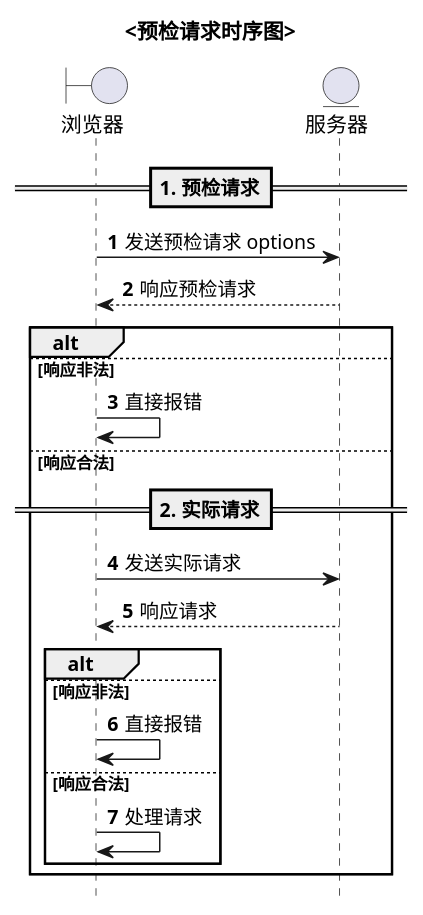
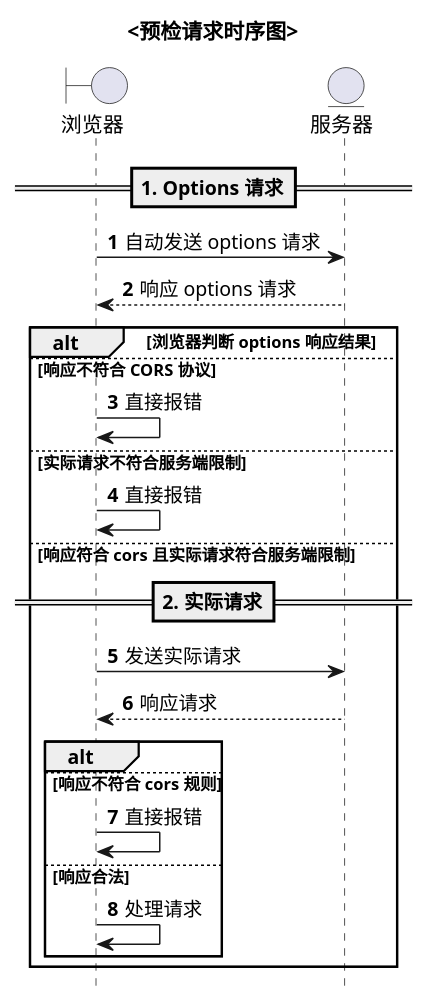
One commit to zenHeart/learn-network changed the diagram in protocol/cors/preflight.puml. Above: the diagram before and after it, drawn with PlantUML. The commit also changed 3 other files, not shown here.

```diff
--- a/protocol/cors/preflight.puml
+++ b/protocol/cors/preflight.puml
@@ -1,33 +1,36 @@
 @startuml
 title <预检请求时序图>
 
 hide footbox
 
 ' 1. 定义角色
 boundary "浏览器" as c
 entity "服务器" as s
 
-==1. 预检请求==
+==1. Options 请求==
 ' 设置步骤计数
 autonumber
-c->s: 发送预检请求 options
-s-->c: 响应预检请求
+c->s: 自动发送 options 请求
+s-->c: 响应 options 请求
 
-alt
-else 响应非法
+alt 浏览器判断 options 响应结果
+else 响应不符合 CORS 协议
 c -> c: 直接报错
 
-else 响应合法
+else 实际请求不符合服务端限制
+c -> c: 直接报错
+
+else 响应符合 cors 且实际请求符合服务端限制
 
 ==2. 实际请求==
 c->s: 发送实际请求
 s-->c: 响应请求
 alt
-else 响应非法
+else 响应不符合 cors 规则
 c -> c: 直接报错
 
 else 响应合法
 c ->c: 处理请求
 end
 end
 @enduml
```
